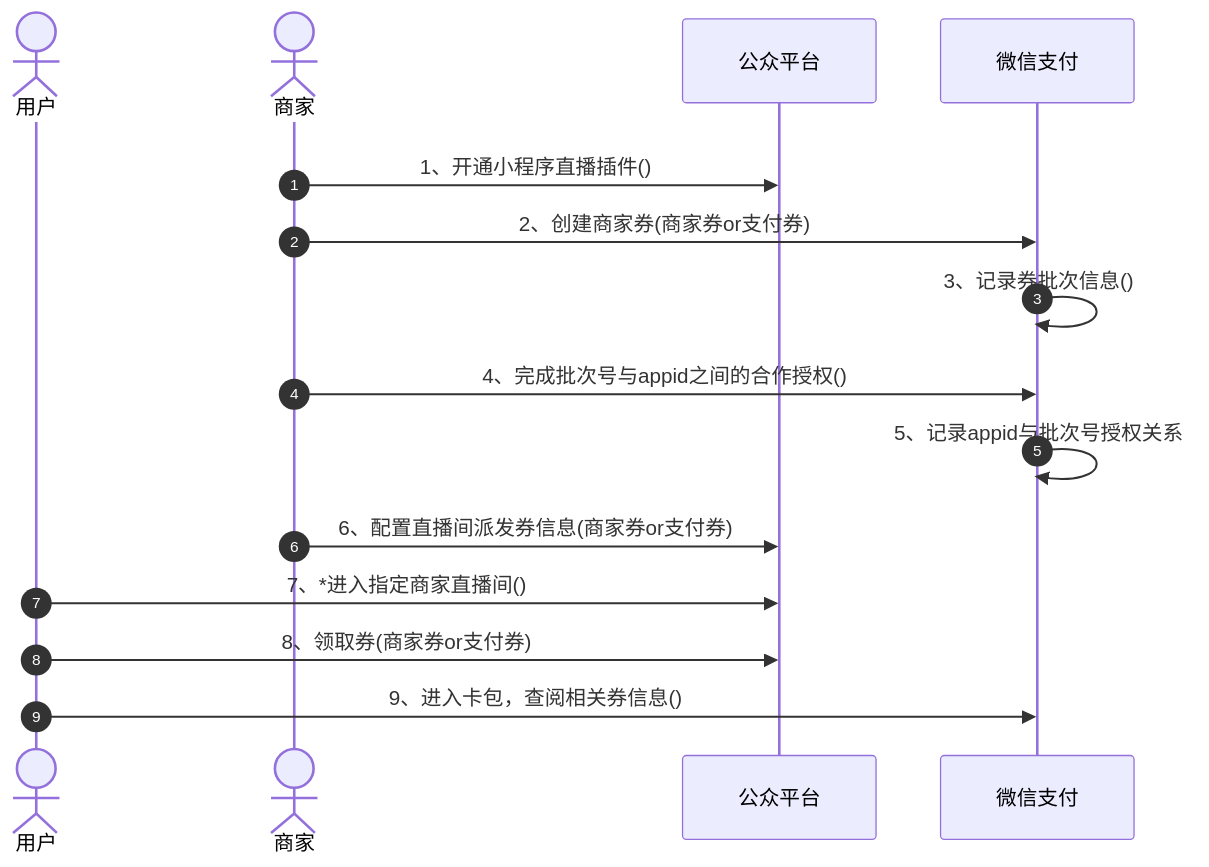
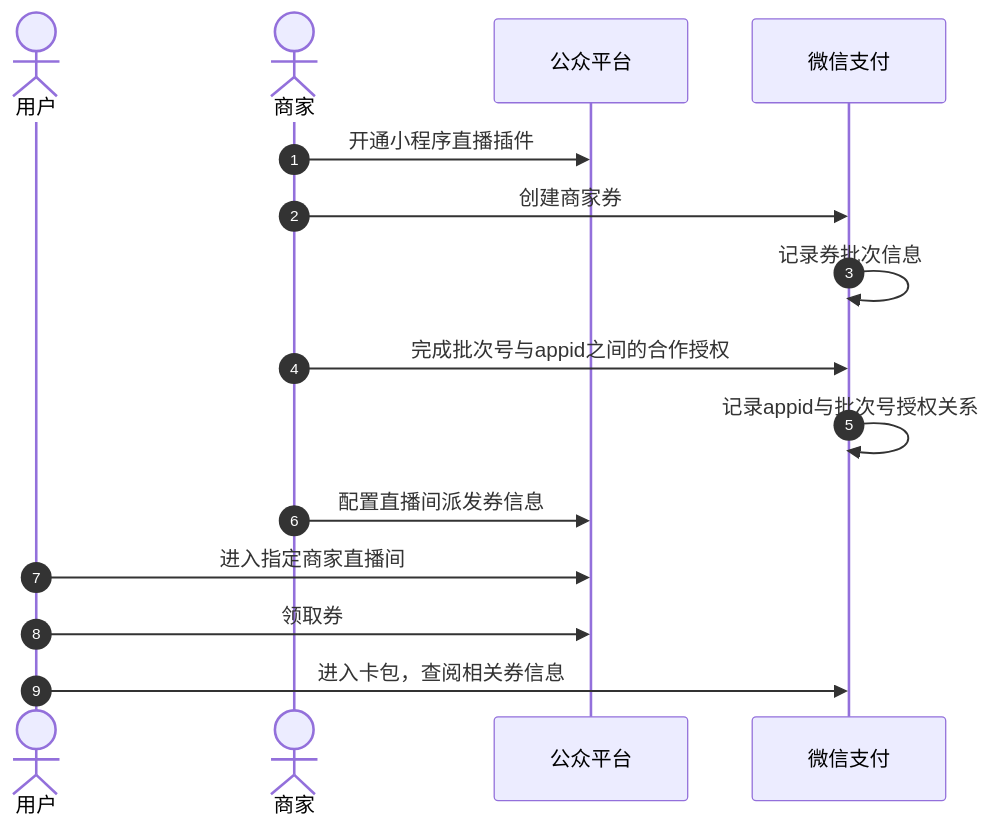
One commit to minibear2021/wechatpay_docs changed the diagram in docs/merchant/pages/4012063233.md. Above: the diagram before and after it, drawn with Mermaid. The commit also changed other lines of this file and 46 other files, not shown here.

````diff
--- a/docs/merchant/pages/4012063233.md
+++ b/docs/merchant/pages/4012063233.md
@@ -17,20 +17,17 @@
 ```mermaid
 sequenceDiagram
-    rect rgb(255,255,255)
-        autonumber
-        actor User as 用户
-        actor P2 as 商家
-        participant P3 as 公众平台
-        participant WxPay as 微信支付
-
-        P2->>P3: 1、开通小程序直播插件()
-        P2->>WxPay: 2、创建商家券(商家券or支付券)
-        WxPay->>WxPay: 3、记录券批次信息()
-        P2->>WxPay: 4、完成批次号与appid之间的合作授权()
-        WxPay->>WxPay: 5、记录appid与批次号授权关系
-        P2->>P3: 6、配置直播间派发券信息(商家券or支付券)
-        User->>P3: 7、*进入指定商家直播间()
-        User->>P3: 8、领取券(商家券or支付券)
-        User->>WxPay: 9、进入卡包，查阅相关券信息()
-    end
+  autonumber
+  actor p0 as 用户
+  actor p1 as 商家
+  participant p2 as 公众平台
+  participant p3 as 微信支付
+  p1->>p2: 开通小程序直播插件
+  p1->>p3: 创建商家券
+  p3->>p3: 记录券批次信息
+  p1->>p3: 完成批次号与appid之间的合作授权
+  p3->>p3: 记录appid与批次号授权关系
+  p1->>p2: 配置直播间派发券信息
+  p0->>p2: 进入指定商家直播间
+  p0->>p2: 领取券
+  p0->>p3: 进入卡包，查阅相关券信息
 ```
````
